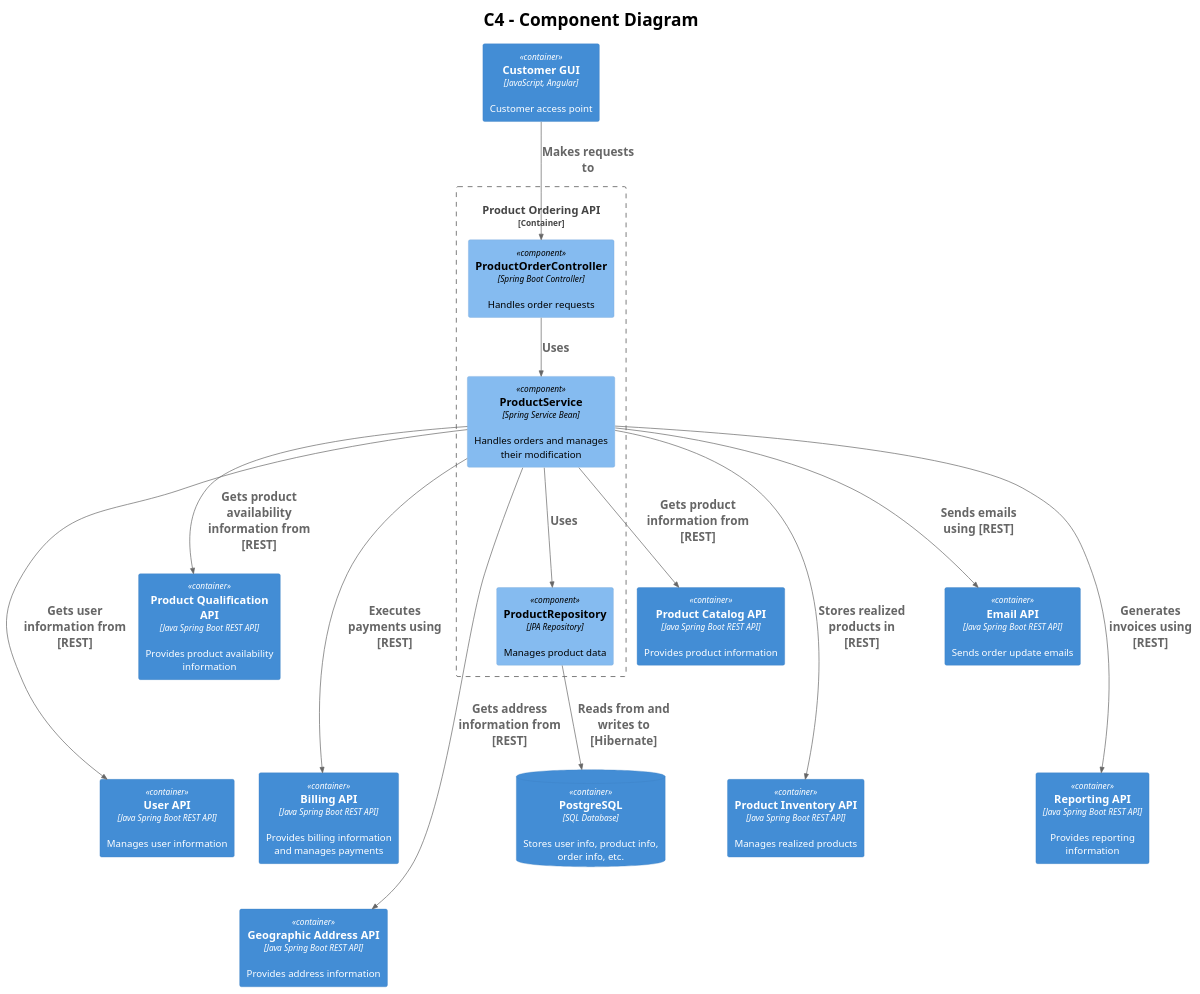
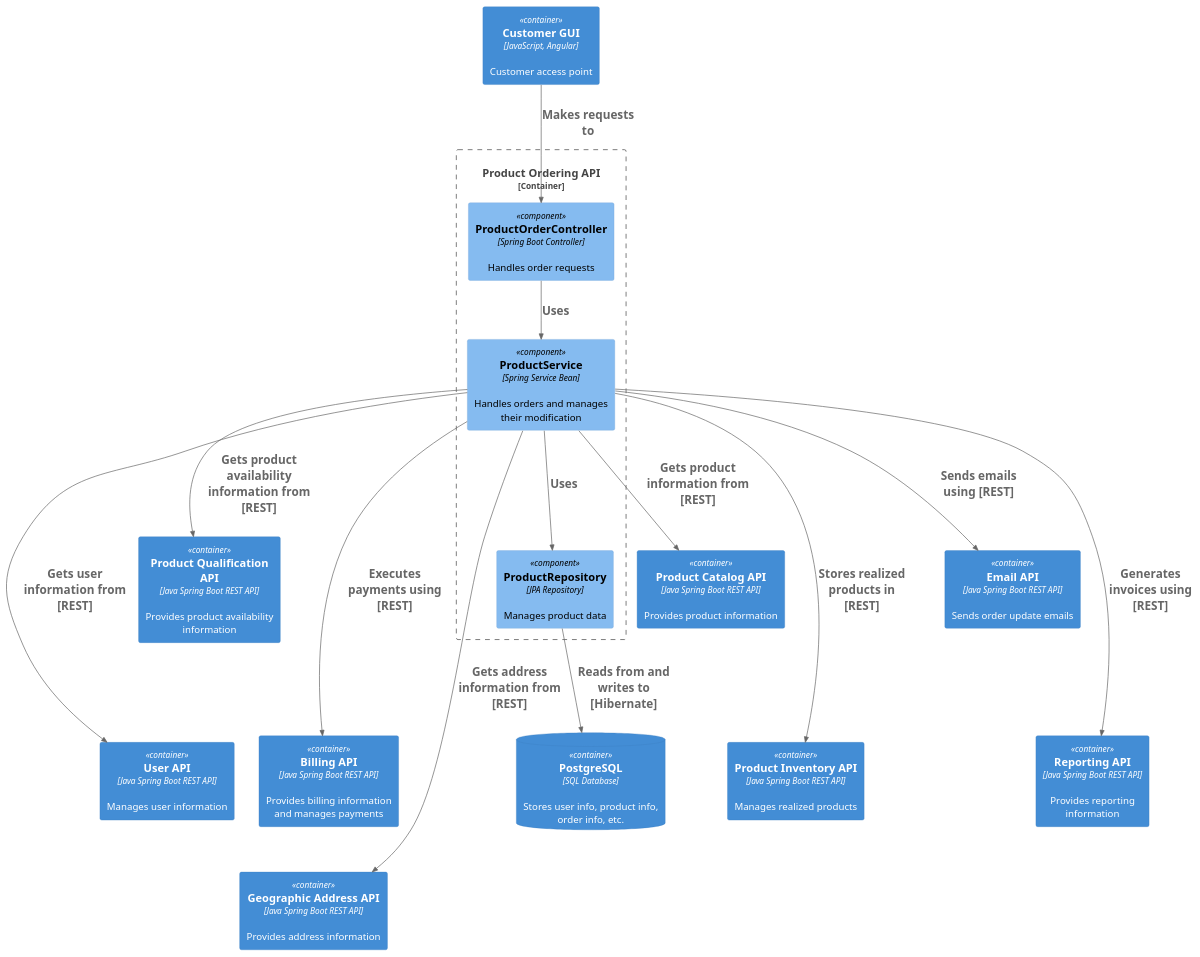
The diagram in c4/component/component.puml (ensarhamzic/diplomski-rad-softversko-inzenjerstvo), drawn with PlantUML before and after one commit. The commit also changed 9 other files, not shown here.

Commit message:
remove titles from diagrams

```diff
--- a/c4/component/component.puml
+++ b/c4/component/component.puml
@@ -1,48 +1,45 @@
 @startuml
 !include https://raw.githubusercontent.com/plantuml-stdlib/C4-PlantUML/master/C4_Component.puml
 
-skinparam titleFontSize 25
 skinparam arrowFontSize 17
-
-title C4 - Component Diagram
 
 Container(catalogApi, "Product Catalog API", "Java Spring Boot REST API", "Provides product information")
 Container(inventoryApi, "Product Inventory API", "Java Spring Boot REST API", "Manages realized products")
 Container(userApi, "User API", "Java Spring Boot REST API", "Manages user information")
 
 Container(geoApi, "Geographic Address API", "Java Spring Boot REST API", "Provides address information")
 Container(qualificationApi, "Product Qualification API", "Java Spring Boot REST API", "Provides product availability information")
 Container(billingApi, "Billing API", "Java Spring Boot REST API", "Provides billing information and manages payments")
 Container(emailApi, "Email API", "Java Spring Boot REST API", "Sends order update emails")
 Container(reportingApi, "Reporting API", "Java Spring Boot REST API", "Provides reporting information")
 Container(customerGui, "Customer GUI", "JavaScript, Angular", "Customer access point")
 ContainerDb(postgresDb, "PostgreSQL", "SQL Database", "Stores user info, product info, order info, etc.")
 
 Container_Boundary(orderingApi, "Product Ordering API") {
     Component(productController, "ProductOrderController", "Spring Boot Controller", "Handles order requests")
     Component(productService, "ProductService", "Spring Service Bean", "Handles orders and manages their modification")
     Component(productRepository, "ProductRepository", "JPA Repository", "Manages product data")
 
     Rel(productController, productService, "Uses")
     Rel(productService, productRepository, "Uses")
 }
 
 Rel(productRepository, postgresDb, "Reads from and writes to [Hibernate]")
 Rel(customerGui, productController, "Makes requests to")
 
 Rel(productService, catalogApi, "Gets product information from [REST]")
 Rel(productService, inventoryApi, "Stores realized products in [REST]")
 Rel(productService, userApi, "Gets user information from [REST]")
 Rel(productService, geoApi, "Gets address information from [REST]")
 Rel(productService, qualificationApi, "Gets product availability information from [REST]")
 Rel(productService, billingApi, "Executes payments using [REST]")
 Rel(productService, emailApi, "Sends emails using [REST]")
 Rel(productService, reportingApi, "Generates invoices using [REST]")
 
 Lay_D(catalogApi,inventoryApi)
 Lay_D(userApi,geoApi)
 Lay_D(qualificationApi,billingApi)
 Lay_D(emailApi,reportingApi)
 
 Lay_U(userApi,qualificationApi)
 @enduml
```
